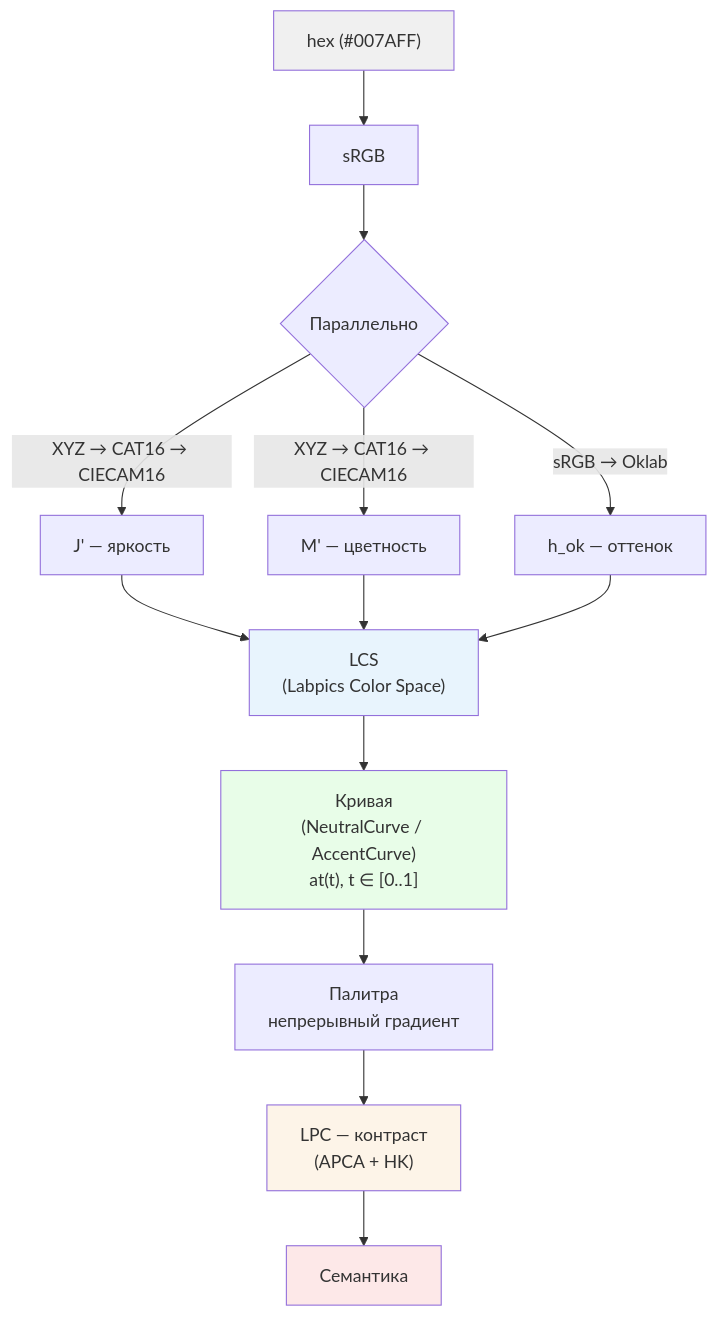
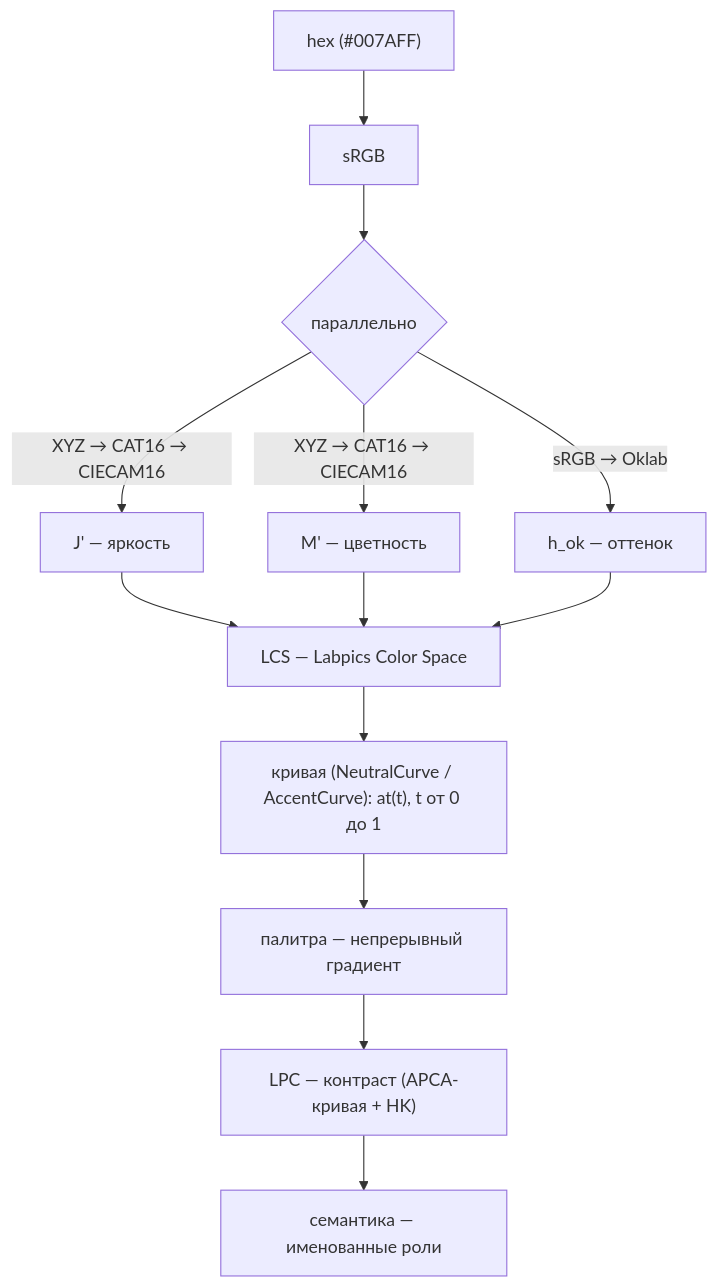
Before and after one commit to Labpics-Team/lab-colors: the first of 4 diagrams in README.md, drawn with Mermaid. The commit also changed other lines of this file, not shown here.

````diff
--- a/README.md
+++ b/README.md
@@ -23,21 +23,15 @@
 ```mermaid
 graph TD
     HEX["hex (#007AFF)"] --> SRGB["sRGB"]
-    SRGB --> FORK{"Параллельно"}
+    SRGB --> FORK{"параллельно"}
     FORK -->|"XYZ → CAT16 → CIECAM16"| J["J' — яркость"]
     FORK -->|"XYZ → CAT16 → CIECAM16"| M["M' — цветность"]
     FORK -->|"sRGB → Oklab"| HOK["h_ok — оттенок"]
-    J --> LCS["LCS\n(Labpics Color Space)"]
+    J --> LCS["LCS — Labpics Color Space"]
     M --> LCS
     HOK --> LCS
-    LCS --> CURVE["Кривая\n(NeutralCurve / AccentCurve)\nat(t), t ∈ [0..1]"]
-    CURVE --> PAL["Палитра\nнепрерывный градиент"]
-    PAL --> LPC["LPC — контраст\n(APCA + HK)"]
-    LPC --> SEM["Семантика"]
-
-    style HEX fill:#f0f0f0
-    style LCS fill:#e8f4fd
-    style CURVE fill:#e8fde8
-    style LPC fill:#fdf4e8
-    style SEM fill:#fde8e8
+    LCS --> CURVE["кривая (NeutralCurve / AccentCurve): at(t), t от 0 до 1"]
+    CURVE --> PAL["палитра — непрерывный градиент"]
+    PAL --> LPC["LPC — контраст (APCA-кривая + HK)"]
+    LPC --> SEM["семантика — именованные роли"]
 ```
````
